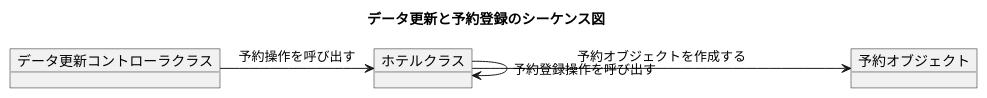
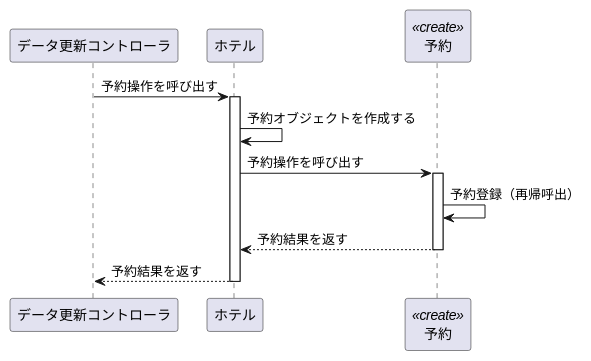
The diagram in 演習4-3_SD_データ更新コントローラとホテルと予約.pu (nishiyu0919/uml-introduction), drawn with PlantUML before and after one commit. The commit also changed 2 other files, not shown here.

```diff
--- a/演習4-3_SD_データ更新コントローラとホテルと予約.pu
+++ b/演習4-3_SD_データ更新コントローラとホテルと予約.pu
@@ -1,14 +1,18 @@
 @startuml 演習4-3
-title データ更新と予約登録のシーケンス図
 
-object データ更新コントローラクラス
-object ホテルクラス
-object 予約オブジェクト
+participant "データ更新コントローラ" as controller
+participant "ホテル" as hotel
+participant "予約" as reservation <<create>>
 
-データ更新コントローラクラス -> ホテルクラス: 予約操作を呼び出す
-
-ホテルクラス -> 予約オブジェクト: 予約オブジェクトを作成する
-
-ホテルクラス -> ホテルクラス: 予約登録操作を呼び出す
+controller -> hotel: 予約操作を呼び出す
+activate hotel
+hotel -> hotel: 予約オブジェクトを作成する
+hotel -> reservation: 予約操作を呼び出す
+activate reservation
+reservation -> reservation: 予約登録（再帰呼出）
+reservation --> hotel: 予約結果を返す
+deactivate reservation
+hotel --> controller: 予約結果を返す
+deactivate hotel
 
 @enduml
```
